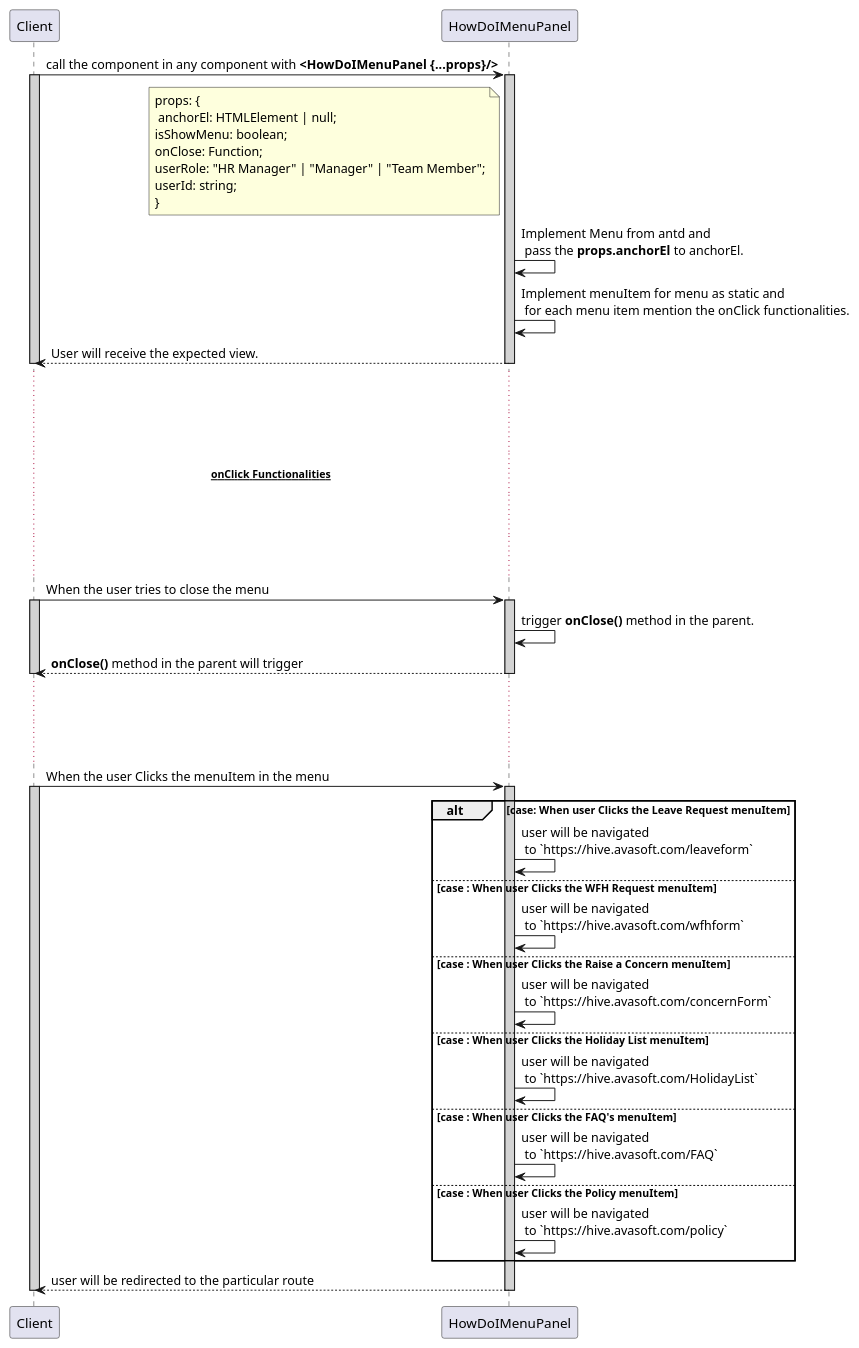
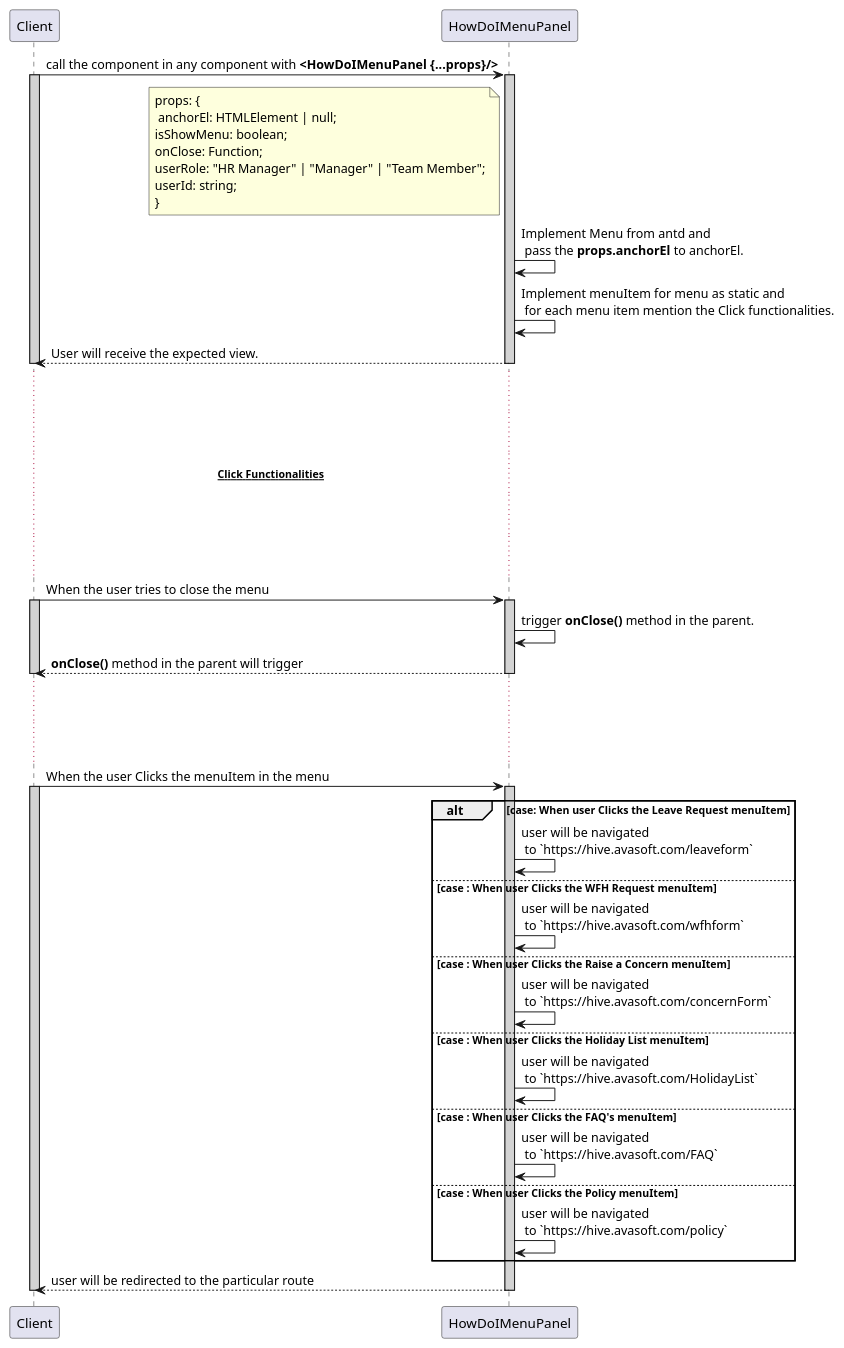
One commit to avasoft-mobility/workday-design changed the diagram in frontend/components/how_do_i_menu_panel/how_do_i_menu_panel.sequence.puml. Above: the diagram before and after it, drawn with PlantUML. The commit also changed 9 other files, not shown here.

```diff
--- a/frontend/components/how_do_i_menu_panel/how_do_i_menu_panel.sequence.puml
+++ b/frontend/components/how_do_i_menu_panel/how_do_i_menu_panel.sequence.puml
@@ -1,53 +1,53 @@
 @startuml HowDoIMenuPanel
 participant Client
 participant HowDoIMenuPanel
 
 Client -> HowDoIMenuPanel : call the component in any component with **<HowDoIMenuPanel {...props}/>**
 activate Client #D3D3D3
     activate HowDoIMenuPanel #D3D3D3
         note left of HowDoIMenuPanel : props: {\n anchorEl: HTMLElement | null;\nisShowMenu: boolean;\nonClose: Function;\nuserRole: "HR Manager" | "Manager" | "Team Member";\nuserId: string; \n}
         HowDoIMenuPanel -> HowDoIMenuPanel : Implement Menu from antd and\n pass the **props.anchorEl** to anchorEl.
-        HowDoIMenuPanel -> HowDoIMenuPanel : Implement menuItem for menu as static and\n for each menu item mention the onClick functionalities.
+        HowDoIMenuPanel -> HowDoIMenuPanel : Implement menuItem for menu as static and\n for each menu item mention the Click functionalities.
         Client <-- HowDoIMenuPanel : User will receive the expected view.
     deactivate HowDoIMenuPanel
 deactivate Client
 
 ... ...
 ... ...
-...~~**onClick Functionalities**~~ ...
+...~~**Click Functionalities**~~ ...
 ... ...
 ... ...
 
 Client -> HowDoIMenuPanel : When the user tries to close the menu 
 activate Client #D3D3D3
     activate HowDoIMenuPanel #D3D3D3
         HowDoIMenuPanel -> HowDoIMenuPanel : trigger **onClose()** method in the parent.
         Client <-- HowDoIMenuPanel : **onClose()** method in the parent will trigger
     deactivate HowDoIMenuPanel
 deactivate Client
 
 ... ...
 ... ...
 
 
 Client -> HowDoIMenuPanel : When the user Clicks the menuItem in the menu 
 activate Client #D3D3D3
     activate HowDoIMenuPanel #D3D3D3
         alt case: When user Clicks the **Leave Request** menuItem
             HowDoIMenuPanel -> HowDoIMenuPanel : user will be navigated\n to `https://hive.avasoft.com/leaveform`
         else case : When user Clicks the **WFH Request** menuItem
             HowDoIMenuPanel -> HowDoIMenuPanel : user will be navigated\n to `https://hive.avasoft.com/wfhform`
         else case : When user Clicks the **Raise a Concern** menuItem
             HowDoIMenuPanel -> HowDoIMenuPanel : user will be navigated\n to `https://hive.avasoft.com/concernForm`
         else case : When user Clicks the **Holiday List** menuItem
             HowDoIMenuPanel -> HowDoIMenuPanel : user will be navigated\n to `https://hive.avasoft.com/HolidayList`
         else case : When user Clicks the **FAQ's** menuItem
             HowDoIMenuPanel -> HowDoIMenuPanel : user will be navigated\n to `https://hive.avasoft.com/FAQ`
         else case : When user Clicks the **Policy** menuItem
             HowDoIMenuPanel -> HowDoIMenuPanel : user will be navigated\n to `https://hive.avasoft.com/policy`
         end
         Client <-- HowDoIMenuPanel : user will be redirected to the particular route
     deactivate HowDoIMenuPanel
 deactivate Client
 
 @enduml
```
